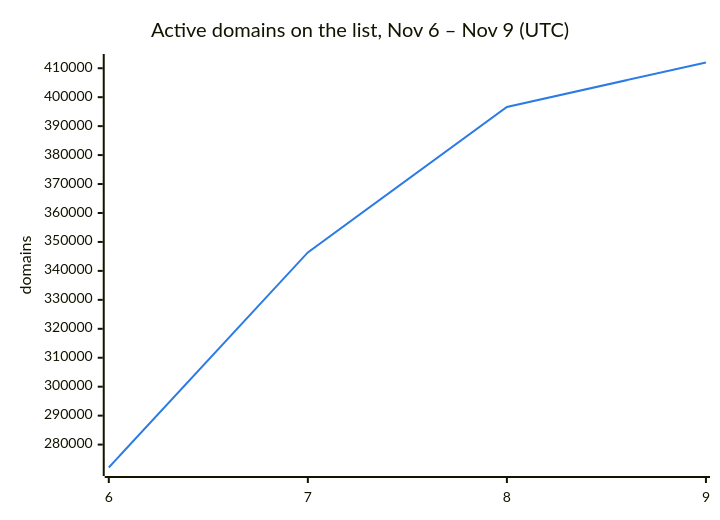
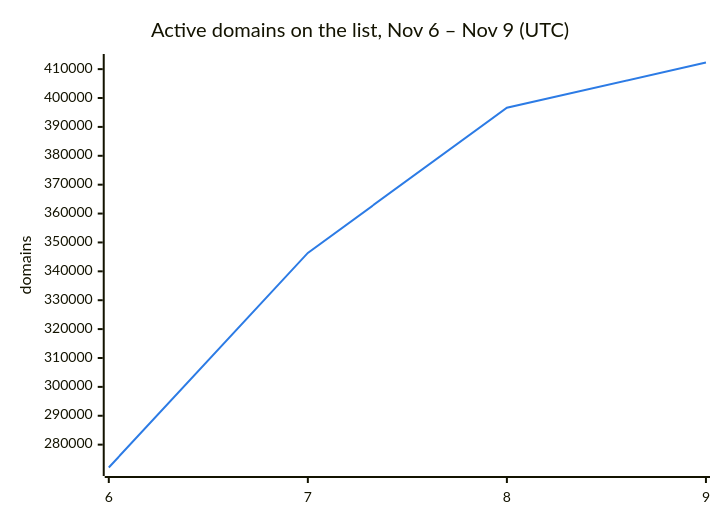
Before and after one commit to DNSBunker/CTI: the second of 3 diagrams in README.md, drawn with Mermaid. The commit also changed other lines of this file and 3 other files, not shown here.

````diff
--- a/README.md
+++ b/README.md
@@ -38,8 +38,8 @@
 ```mermaid
 %%{init: {"themeVariables": {"xyChart": {"plotColorPalette": "#2c7be5"}}}}%%
 xychart-beta
     title "Active domains on the list, Nov 6 – Nov 9 (UTC)"
     x-axis ["6", "7", "8", "9"]
     y-axis "domains"
-    line [272088, 346388, 396638, 411979]
+    line [272088, 346388, 396638, 412298]
 ```
````
